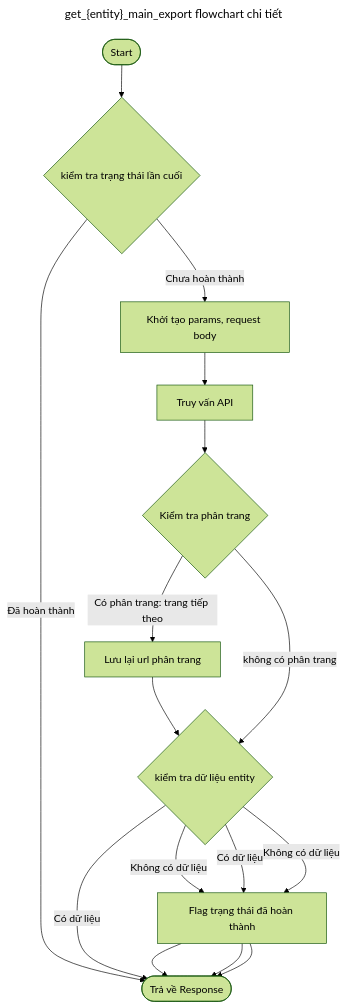
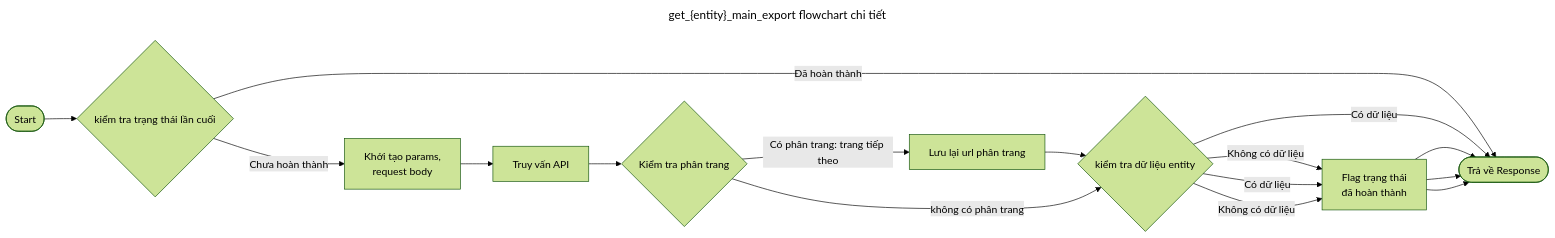
One commit to WuzenLiz/markdown changed the seventh of 9 diagrams in pseudoAllFunction.md. Above: the diagram before and after it, drawn with Mermaid. The commit also changed other lines of this file, not shown here.

Commit message:
update graph get ext

````diff
--- a/pseudoAllFunction.md
+++ b/pseudoAllFunction.md
@@ -74,19 +79,18 @@
     ```mermaid
     ---
         title: get_{entity}_main_export flowchart chi tiết
         config: 
             theme: forest
             curve: basis 
     ---
-    flowchart TD
+    flowchart LR
     START([Start])-->A{kiểm tra trạng thái lần cuối}
     A --> |Đã hoàn thành| End([Trả về Response])
-    A --> |Chưa hoàn thành| B[Khởi tạo params, request body]
-    B --> C[Truy vấn API] --> D{Kiểm tra phân trang}
+    A --> |Chưa hoàn thành| B[Khởi tạo params,<br>request body] --> C[Truy vấn API] --> D{Kiểm tra phân trang}
     D --> |Có phân trang: trang tiếp theo| E[Lưu lại url phân trang] --> F1{kiểm tra dữ liệu entity}
     D --> |không có phân trang| F1{kiểm tra dữ liệu entity} 
     F1 --> |Có dữ liệu| End
-    F1 --> |Không có dữ liệu| G[Flag trạng thái đã hoàn thành] --> End
-    F1 --> |Có dữ liệu| G[Flag trạng thái đã hoàn thành] --> End
-    F1 --> |Không có dữ liệu| G[Flag trạng thái đã hoàn thành] --> End
+    F1 --> |Không có dữ liệu| G[Flag trạng thái<br>đã hoàn thành] --> End
+    F1 --> |Có dữ liệu| G --> End
+    F1 --> |Không có dữ liệu| G --> End
     ```
````
